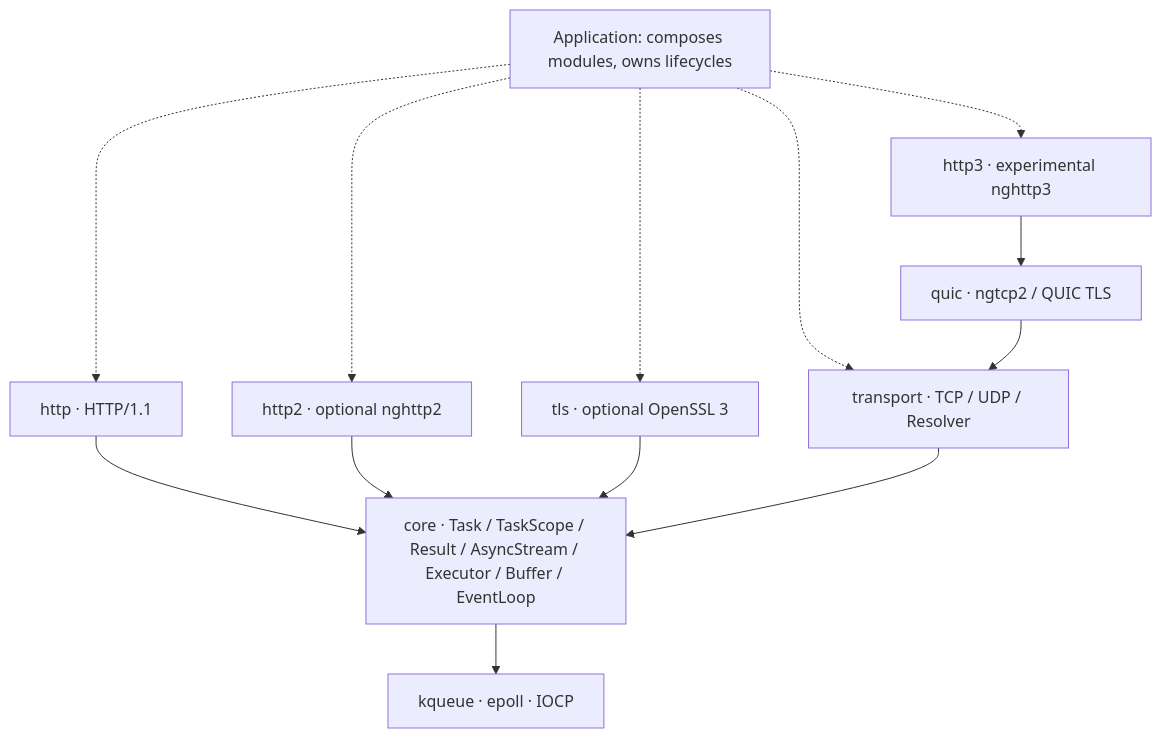
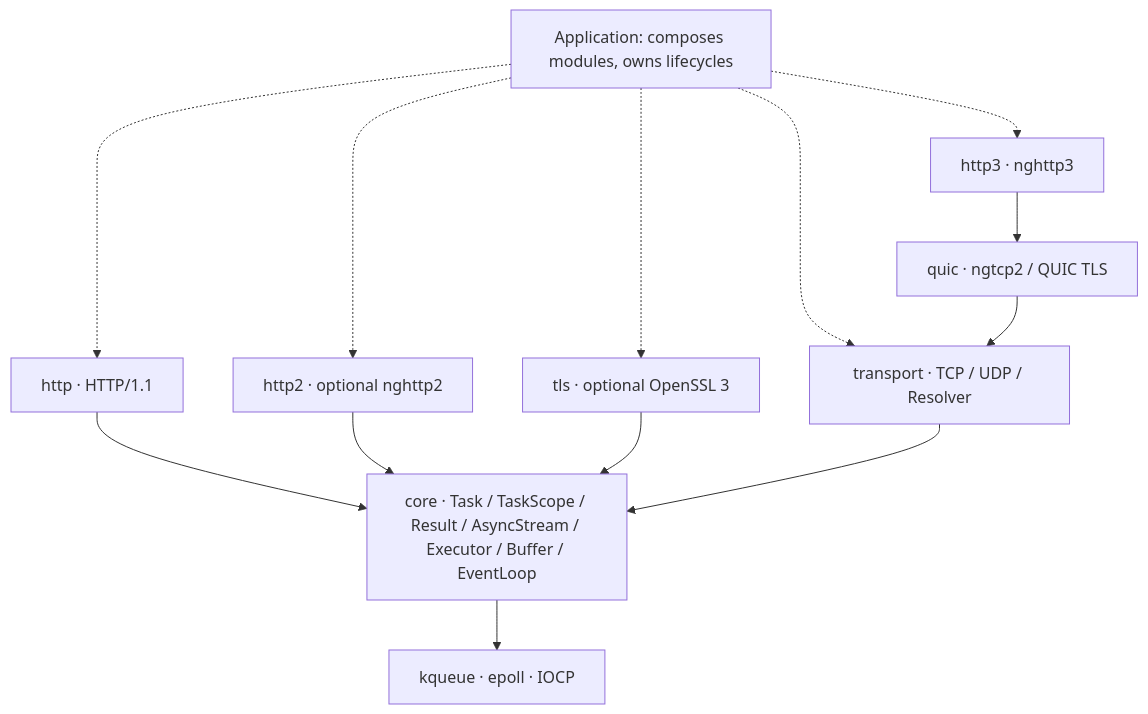
Before and after one commit to dqsjqian/continuo: the diagram in README.en.md, drawn with Mermaid. The commit also changed other lines of this file and 1 other file, not shown here.

````diff
--- a/README.en.md
+++ b/README.en.md
@@ -79,16 +78,16 @@
 ```mermaid
 flowchart TB
     App[Application: composes modules, owns lifecycles]
     App -.-> HTTP[http · HTTP/1.1]
     App -.-> TLS[tls · optional OpenSSL 3]
     App -.-> TCP[transport · TCP / UDP / Resolver]
     App -.-> H2[http2 · optional nghttp2]
-    App -.-> H3[http3 · experimental nghttp3]
+    App -.-> H3[http3 · nghttp3]
     HTTP --> Core[core · Task / TaskScope / Result / AsyncStream / Executor / Buffer / EventLoop]
     H2 --> Core
     H3 --> QUIC[quic · ngtcp2 / QUIC TLS]
     QUIC --> TCP
     TLS --> Core
     TCP --> Core
     Core --> Backends[kqueue · epoll · IOCP]
 ```
````
